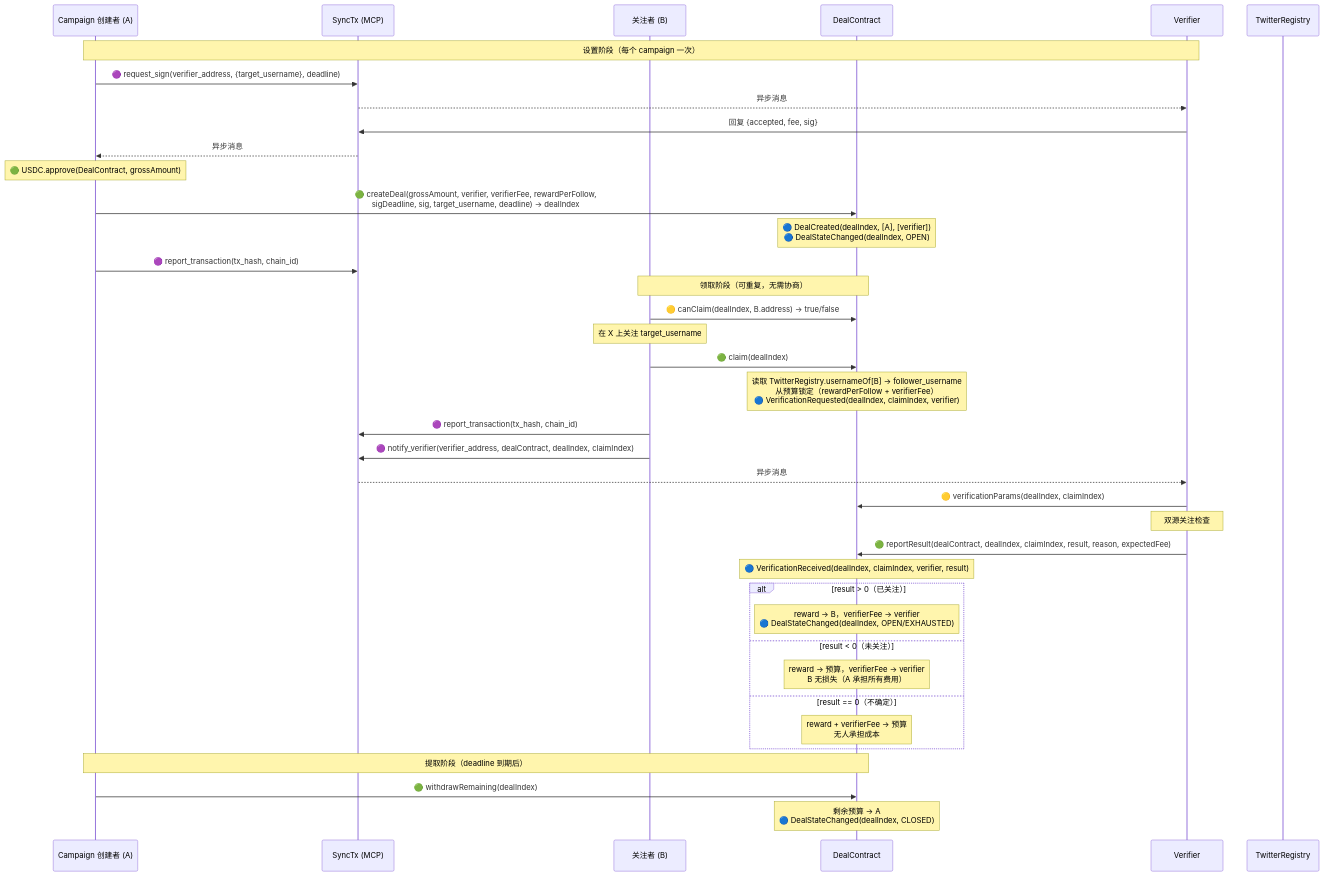
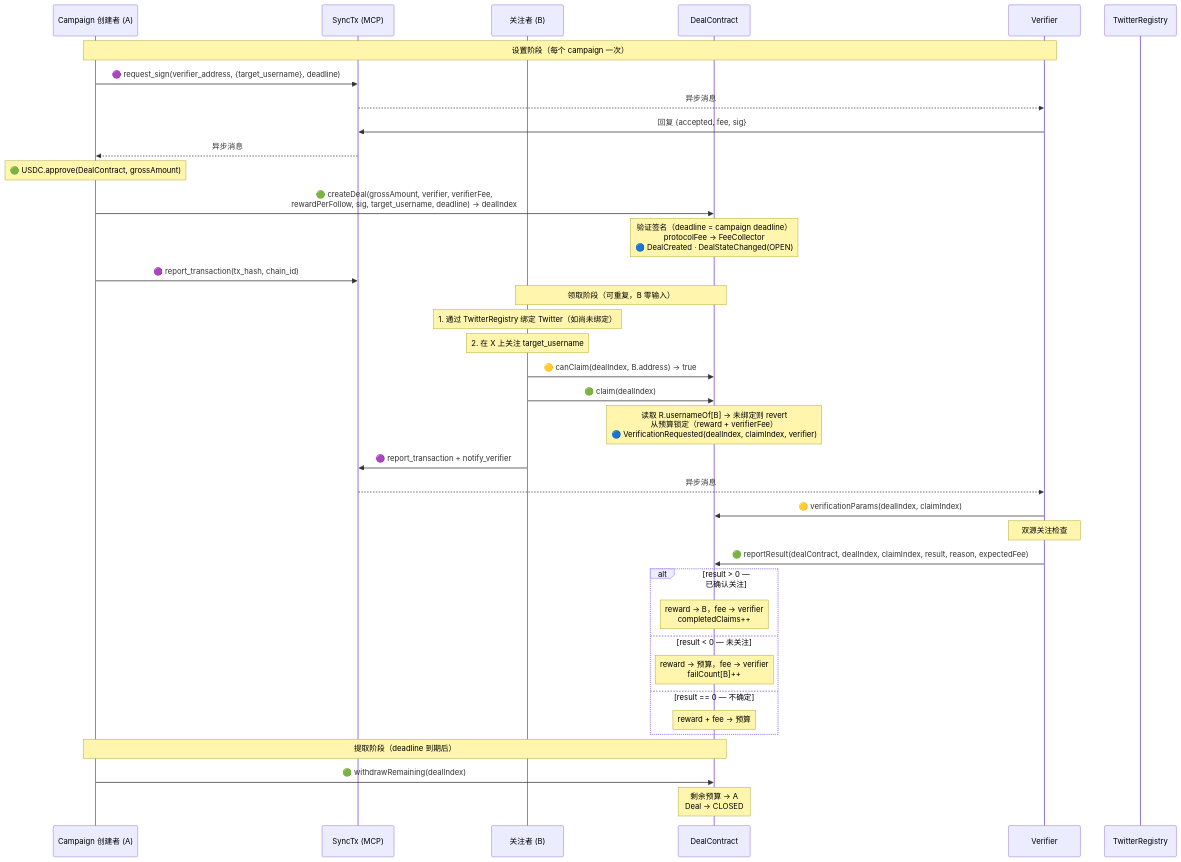
Before and after one commit to synctxai/synctx: the first of 5 diagrams in examples/x-follow/x-follow-design-zh.md, drawn with Mermaid. The commit also changed other lines of this file and 1 other file, not shown here.

First line of the commit message:
docs(x-follow): unify deadline, B provides zero input, add failure tracking

````diff
--- a/examples/x-follow/x-follow-design-zh.md
+++ b/examples/x-follow/x-follow-design-zh.md
@@ -160,51 +162,49 @@
 ```mermaid
 sequenceDiagram
     participant A as Campaign 创建者 (A)
     participant P as SyncTx (MCP)
     participant B as 关注者 (B)
     participant D as DealContract
     participant V as Verifier
     participant R as TwitterRegistry
 
     Note over A,V: 设置阶段（每个 campaign 一次）
 
     A->>P: 🟣 request_sign(verifier_address, {target_username}, deadline)
     P-->>V: 异步消息
     V->>P: 回复 {accepted, fee, sig}
     P-->>A: 异步消息
 
     Note over A: 🟢 USDC.approve(DealContract, grossAmount)
-    A->>D: 🟢 createDeal(grossAmount, verifier, verifierFee, rewardPerFollow,<br/>sigDeadline, sig, target_username, deadline) → dealIndex
-    Note over D: 🔵 DealCreated(dealIndex, [A], [verifier])<br/>🔵 DealStateChanged(dealIndex, OPEN)
+    A->>D: 🟢 createDeal(grossAmount, verifier, verifierFee,<br/>rewardPerFollow, sig, target_username, deadline) → dealIndex
+    Note over D: 验证签名（deadline = campaign deadline）<br/>protocolFee → FeeCollector<br/>🔵 DealCreated · DealStateChanged(OPEN)
     A->>P: 🟣 report_transaction(tx_hash, chain_id)
 
-    Note over B,D: 领取阶段（可重复，无需协商）
+    Note over B,D: 领取阶段（可重复，B 零输入）
 
-    B->>D: 🟡 canClaim(dealIndex, B.address) → true/false
-    Note over B: 在 X 上关注 target_username
-
+    Note over B: 1. 通过 TwitterRegistry 绑定 Twitter（如尚未绑定）
+    Note over B: 2. 在 X 上关注 target_username
+    B->>D: 🟡 canClaim(dealIndex, B.address) → true
     B->>D: 🟢 claim(dealIndex)
-    Note over D: 读取 TwitterRegistry.usernameOf[B] → follower_username<br/>从预算锁定（rewardPerFollow + verifierFee）<br/>🔵 VerificationRequested(dealIndex, claimIndex, verifier)
-    B->>P: 🟣 report_transaction(tx_hash, chain_id)
-    B->>P: 🟣 notify_verifier(verifier_address, dealContract, dealIndex, claimIndex)
+    Note over D: 读取 R.usernameOf[B] → 未绑定则 revert<br/>从预算锁定（reward + verifierFee）<br/>🔵 VerificationRequested(dealIndex, claimIndex, verifier)
+    B->>P: 🟣 report_transaction + notify_verifier
     P-->>V: 异步消息
 
     V->>D: 🟡 verificationParams(dealIndex, claimIndex)
     Note over V: 双源关注检查
 
     V->>D: 🟢 reportResult(dealContract, dealIndex, claimIndex, result, reason, expectedFee)
-    Note over D: 🔵 VerificationReceived(dealIndex, claimIndex, verifier, result)
 
-    alt result > 0（已关注）
-        Note over D: reward → B，verifierFee → verifier<br/>🔵 DealStateChanged(dealIndex, OPEN/EXHAUSTED)
-    else result < 0（未关注）
-        Note over D: reward → 预算，verifierFee → verifier<br/>B 无损失（A 承担所有费用）
-    else result == 0（不确定）
-        Note over D: reward + verifierFee → 预算<br/>无人承担成本
+    alt result > 0 — 已确认关注
+        Note over D: reward → B，fee → verifier<br/>completedClaims++
+    else result < 0 — 未关注
+        Note over D: reward → 预算，fee → verifier<br/>failCount[B]++
+    else result == 0 — 不确定
+        Note over D: reward + fee → 预算
     end
 
     Note over A,D: 提取阶段（deadline 到期后）
 
     A->>D: 🟢 withdrawRemaining(dealIndex)
-    Note over D: 剩余预算 → A<br/>🔵 DealStateChanged(dealIndex, CLOSED)
+    Note over D: 剩余预算 → A<br/>Deal → CLOSED
 ```
````
